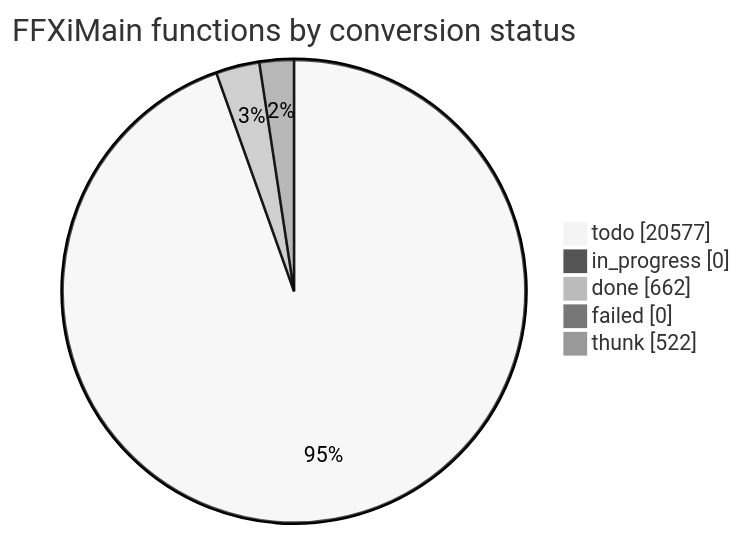
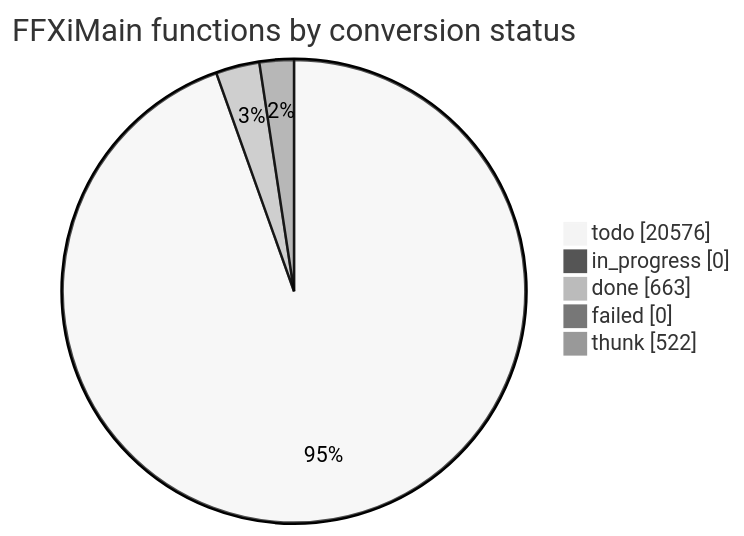
One commit to cowrevenge/cow_kuluu_xi_anything changed the diagram in docs/cow/STATUS.md. Above: the diagram before and after it, drawn with Mermaid (neutral theme). The commit also changed other lines of this file and 9 other files, not shown here.

````diff
--- a/docs/cow/STATUS.md
+++ b/docs/cow/STATUS.md
@@ -18,9 +18,9 @@
 ```mermaid
 pie showData
     title FFXiMain functions by conversion status
-    "todo" : 20577
+    "todo" : 20576
     "in_progress" : 0
-    "done" : 662
+    "done" : 663
     "failed" : 0
     "thunk" : 522
 ```
````
